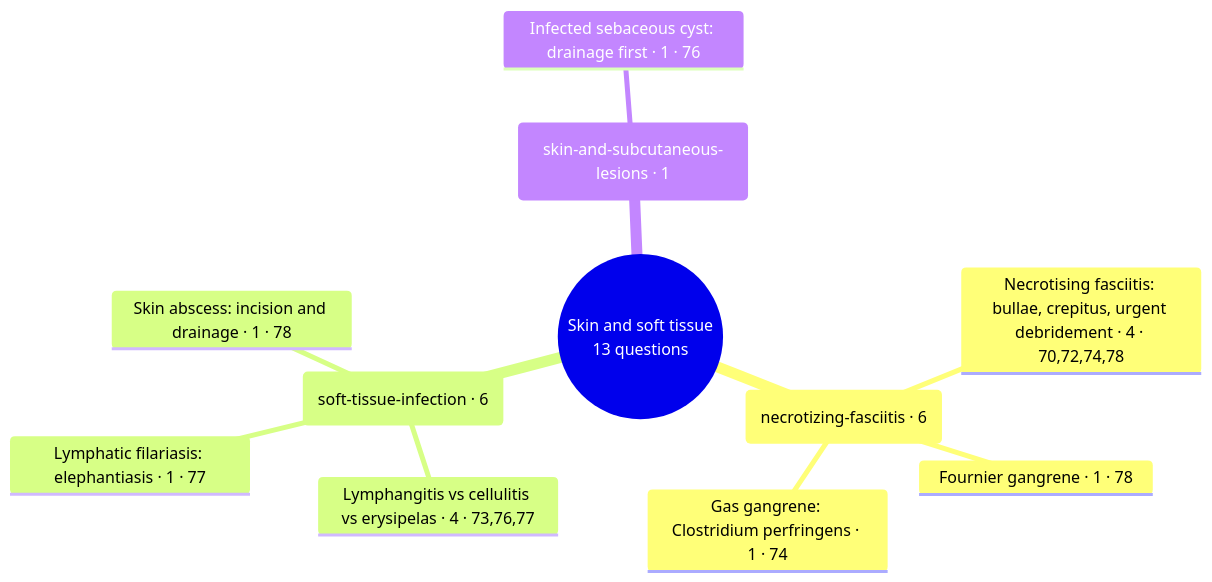
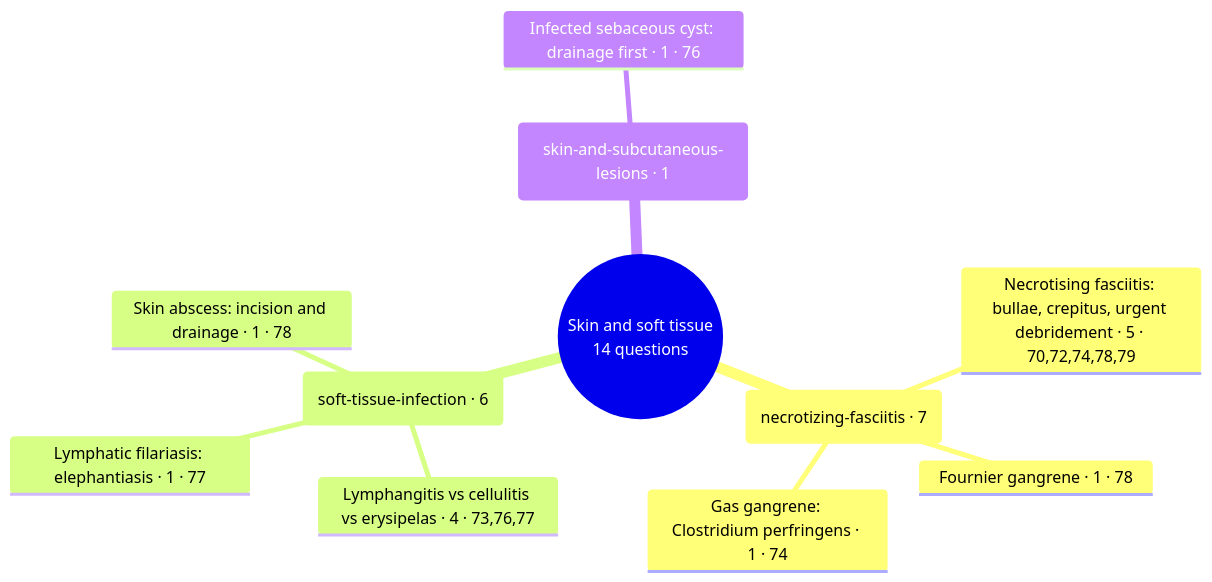
The diagram in exam-map/mind-maps/skin-and-soft-tissue.md (playerplayrh/surgery-year-4), drawn with Mermaid before and after one commit. The commit also changed other lines of this file and 20 other files, not shown here.

````diff
--- a/exam-map/mind-maps/skin-and-soft-tissue.md
+++ b/exam-map/mind-maps/skin-and-soft-tissue.md
@@ -14,14 +14,14 @@
 ```mermaid
 mindmap
-  root((Skin and soft tissue<br>13 questions))
-    (necrotizing-fasciitis · 6)
-      Necrotising fasciitis: bullae, crepitus, urgent debridement · 4 · 70,72,74,78
+  root((Skin and soft tissue<br>14 questions))
+    (necrotizing-fasciitis · 7)
+      Necrotising fasciitis: bullae, crepitus, urgent debridement · 5 · 70,72,74,78,79
       Fournier gangrene · 1 · 78
       Gas gangrene: Clostridium perfringens · 1 · 74
     (soft-tissue-infection · 6)
       Lymphangitis vs cellulitis vs erysipelas · 4 · 73,76,77
       Lymphatic filariasis: elephantiasis · 1 · 77
       Skin abscess: incision and drainage · 1 · 78
     (skin-and-subcutaneous-lesions · 1)
       Infected sebaceous cyst: drainage first · 1 · 76
 ```
````
